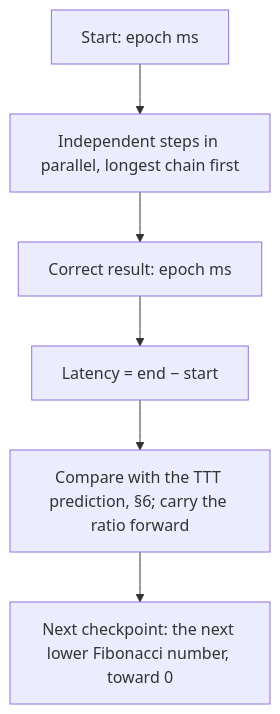
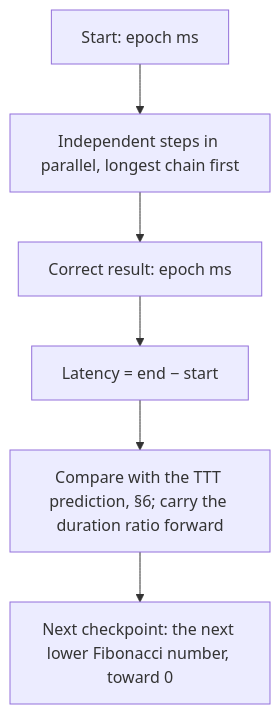
One commit to SolenixAI/arbiter changed the eighth of 14 diagrams in AGENTS.md. Above: the diagram before and after it, drawn with Mermaid. The commit also changed other lines of this file, not shown here.

````diff
--- a/AGENTS.md
+++ b/AGENTS.md
@@ -328,5 +328,5 @@
 ```mermaid
 flowchart TD
   S["Start: epoch ms"] --> P["Independent steps in parallel, longest chain first"] --> R["Correct result: epoch ms"] --> L["Latency = end − start"]
-  L --> C["Compare with the TTT prediction, §6; carry the ratio forward"] --> FB["Next checkpoint: the next lower Fibonacci number, toward 0"]
+  L --> C["Compare with the TTT prediction, §6; carry the duration ratio forward"] --> FB["Next checkpoint: the next lower Fibonacci number, toward 0"]
 ```
````
